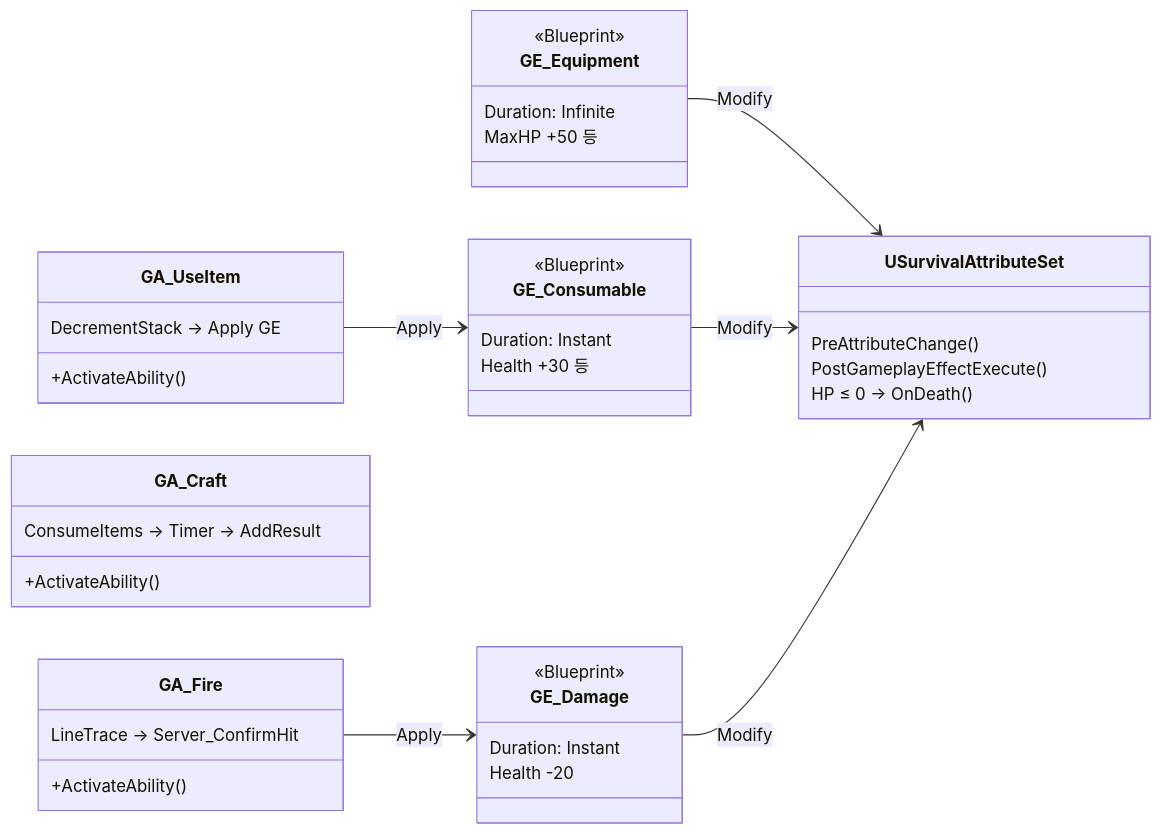
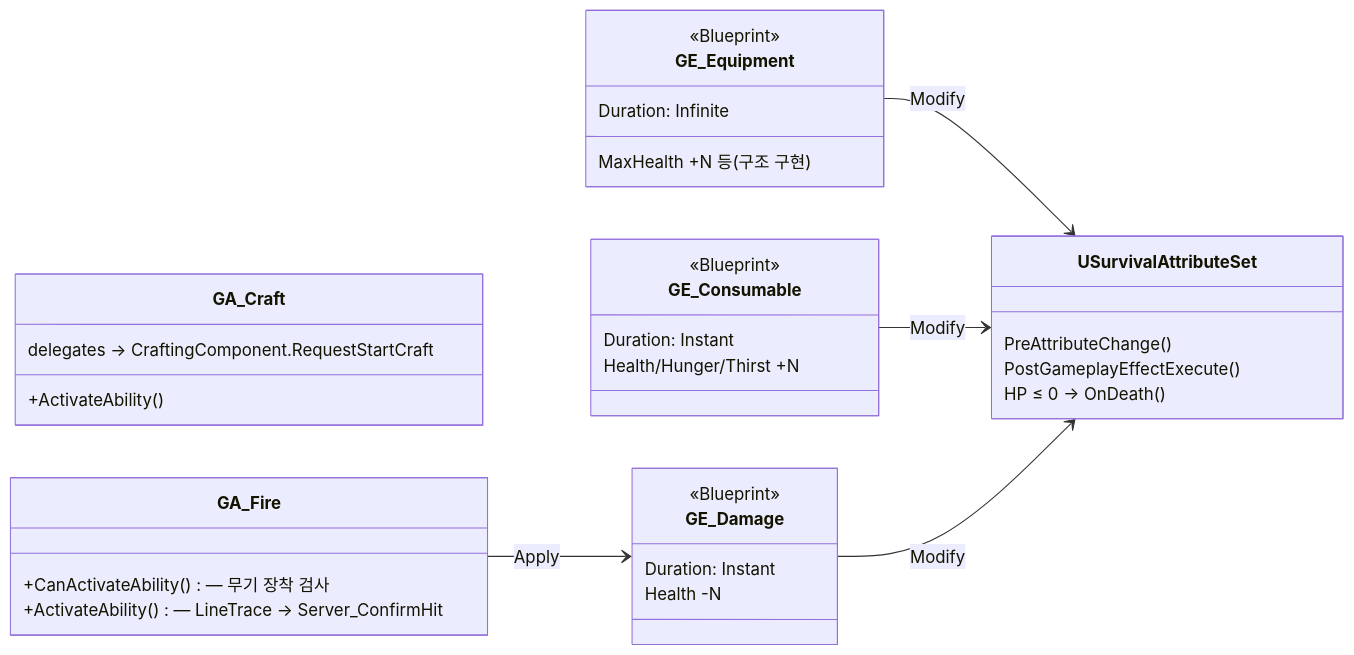
One commit to agnesAqr/project_EXFIL changed the second of 3 diagrams in README.md. Above: the diagram before and after it, drawn with Mermaid. The commit also changed other lines of this file and 7 other files, not shown here.

````diff
--- a/README.md
+++ b/README.md
@@ -225,49 +237,43 @@
 ```mermaid
 classDiagram
     direction LR
 
-    class GA_UseItem {
-        +ActivateAbility()
-        DecrementStack → Apply GE
-    }
-
     class GA_Craft {
         +ActivateAbility()
-        ConsumeItems → Timer → AddResult
+        delegates → CraftingComponent.RequestStartCraft
     }
 
     class GA_Fire {
-        +ActivateAbility()
-        LineTrace → Server_ConfirmHit
+        +CanActivateAbility() — 무기 장착 검사
+        +ActivateAbility() — LineTrace → Server_ConfirmHit
     }
 
     class GE_Consumable {
         <<Blueprint>>
         Duration: Instant
-        Health +30 등
+        Health/Hunger/Thirst +N
     }
 
     class GE_Equipment {
         <<Blueprint>>
         Duration: Infinite
-        MaxHP +50 등
+        MaxHealth +N 등 (구조 구현)
     }
 
     class GE_Damage {
         <<Blueprint>>
         Duration: Instant
-        Health -20
+        Health -N
     }
 
     class USurvivalAttributeSet {
         PreAttributeChange()
         PostGameplayEffectExecute()
         HP ≤ 0 → OnDeath()
     }
 
-    GA_UseItem --> GE_Consumable : Apply
     GA_Fire --> GE_Damage : Apply
     GE_Equipment --> USurvivalAttributeSet : Modify
     GE_Consumable --> USurvivalAttributeSet : Modify
     GE_Damage --> USurvivalAttributeSet : Modify
 ```
````
